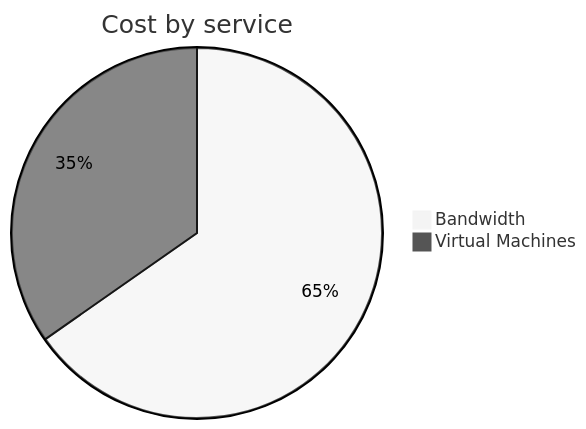
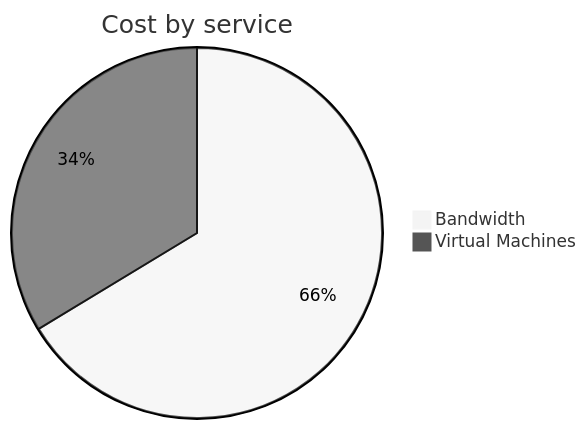
One commit to jpfulton/azure-personal-reports changed the second of 4 diagrams in cost-reports/personal-network/vpn-server.md. Above: the diagram before and after it, drawn with Mermaid (neutral theme). The commit also changed other lines of this file and 8 other files, not shown here.

````diff
--- a/cost-reports/personal-network/vpn-server.md
+++ b/cost-reports/personal-network/vpn-server.md
@@ -96,6 +96,6 @@
 ```mermaid
 pie
    title Cost by service
-   "Bandwidth" : 8.63
-   "Virtual Machines" : 4.59
+   "Bandwidth" : 9.44
+   "Virtual Machines" : 4.79
 ```
````
